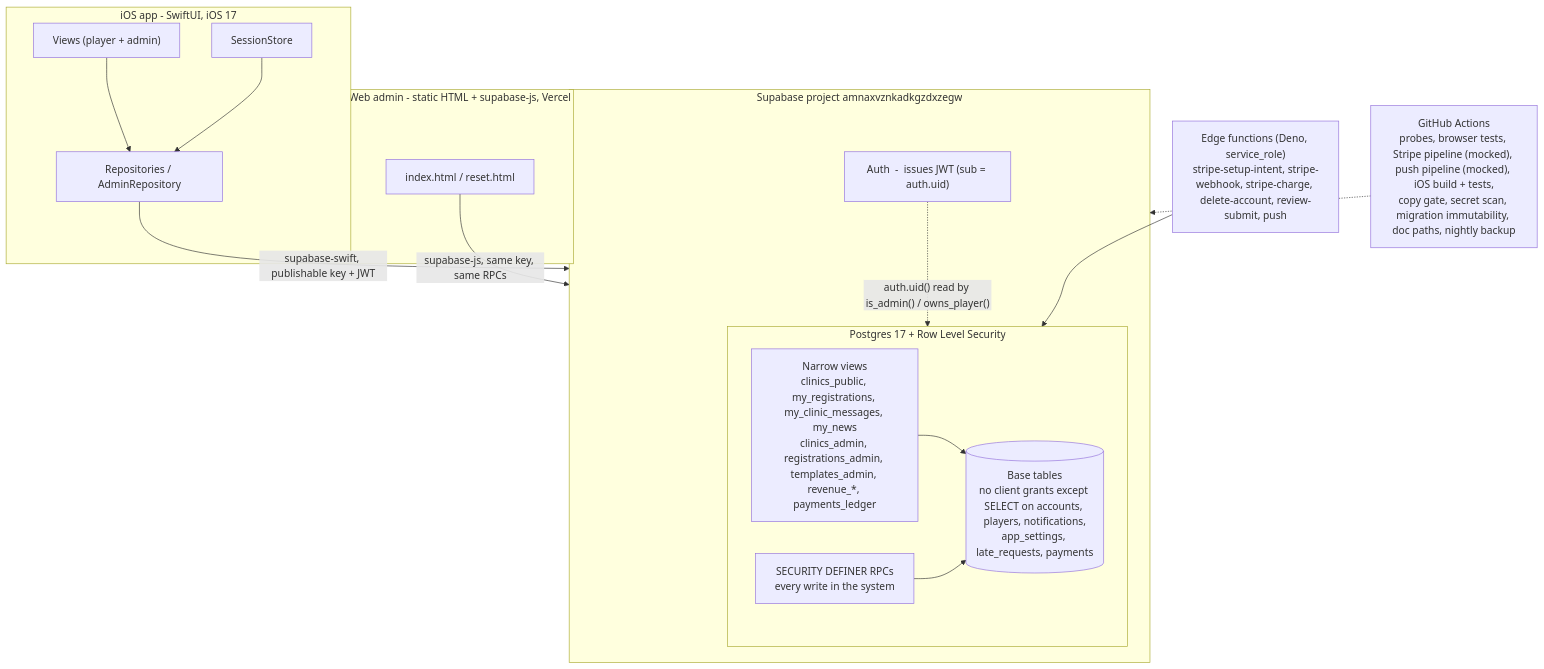
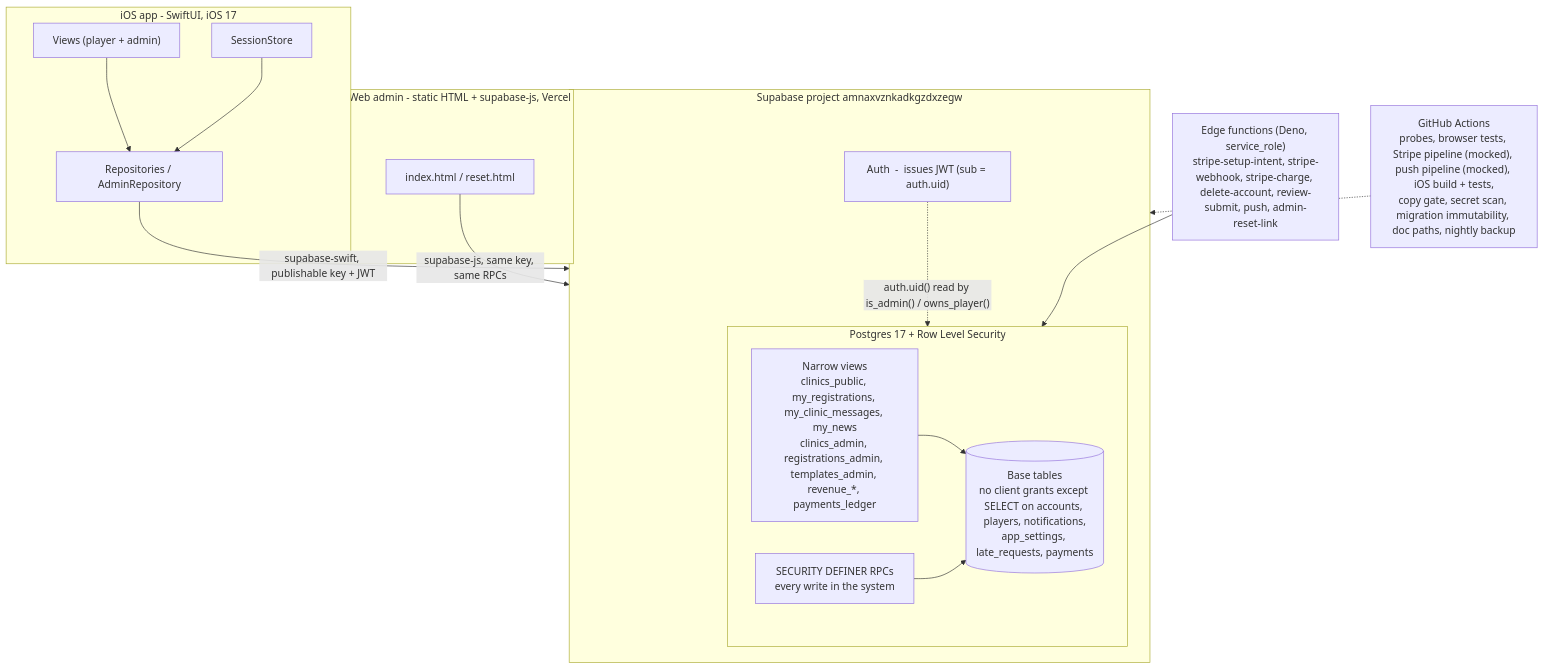
One commit to Volee-Team/FXE changed the diagram in docs/architecture.md. Above: the diagram before and after it, drawn with Mermaid. The commit also changed other lines of this file and 30 other files, not shown here.

First line of the commit message:
Tara can reset any member by hand, the reset page takes scanner-proof links, CORS for the web admin's functions; the MVP audit recorded

````diff
--- a/docs/architecture.md
+++ b/docs/architecture.md
@@ -73,33 +73,33 @@
 ```mermaid
 flowchart TD
     subgraph ios["iOS app  -  SwiftUI, iOS 17"]
         views["Views (player + admin)"]
         session["SessionStore"]
         repos["Repositories / AdminRepository"]
         views --> repos
         session --> repos
     end
 
     subgraph web["Web admin  -  static HTML + supabase-js, Vercel"]
         page["index.html / reset.html"]
     end
 
     repos -->|"supabase-swift, publishable key + JWT"| supa
     page -->|"supabase-js, same key, same RPCs"| supa
 
     subgraph supa["Supabase project amnaxvznkadkgzdxzegw"]
         auth["Auth  -  issues JWT (sub = auth.uid)"]
         subgraph pg["Postgres 17 + Row Level Security"]
             vws["Narrow views<br/>clinics_public, my_registrations, my_clinic_messages, my_news<br/>clinics_admin, registrations_admin, templates_admin, revenue_*, payments_ledger"]
             rpc["SECURITY DEFINER RPCs<br/>every write in the system"]
             tbl[("Base tables<br/>no client grants except SELECT on accounts, players, notifications,<br/>app_settings, late_requests, payments")]
             vws --> tbl
             rpc --> tbl
         end
         auth -.->|"auth.uid() read by is_admin() / owns_player()"| pg
     end
 
-    edge["Edge functions (Deno, service_role)<br/>stripe-setup-intent, stripe-webhook, stripe-charge, delete-account, review-submit, push"]
+    edge["Edge functions (Deno, service_role)<br/>stripe-setup-intent, stripe-webhook, stripe-charge, delete-account, review-submit, push, admin-reset-link"]
     edge --> pg
     gha["GitHub Actions<br/>probes, browser tests, Stripe pipeline (mocked), push pipeline (mocked), iOS build + tests,<br/>copy gate, secret scan, migration immutability, doc paths, nightly backup"] -.-> supa
 ```
````
